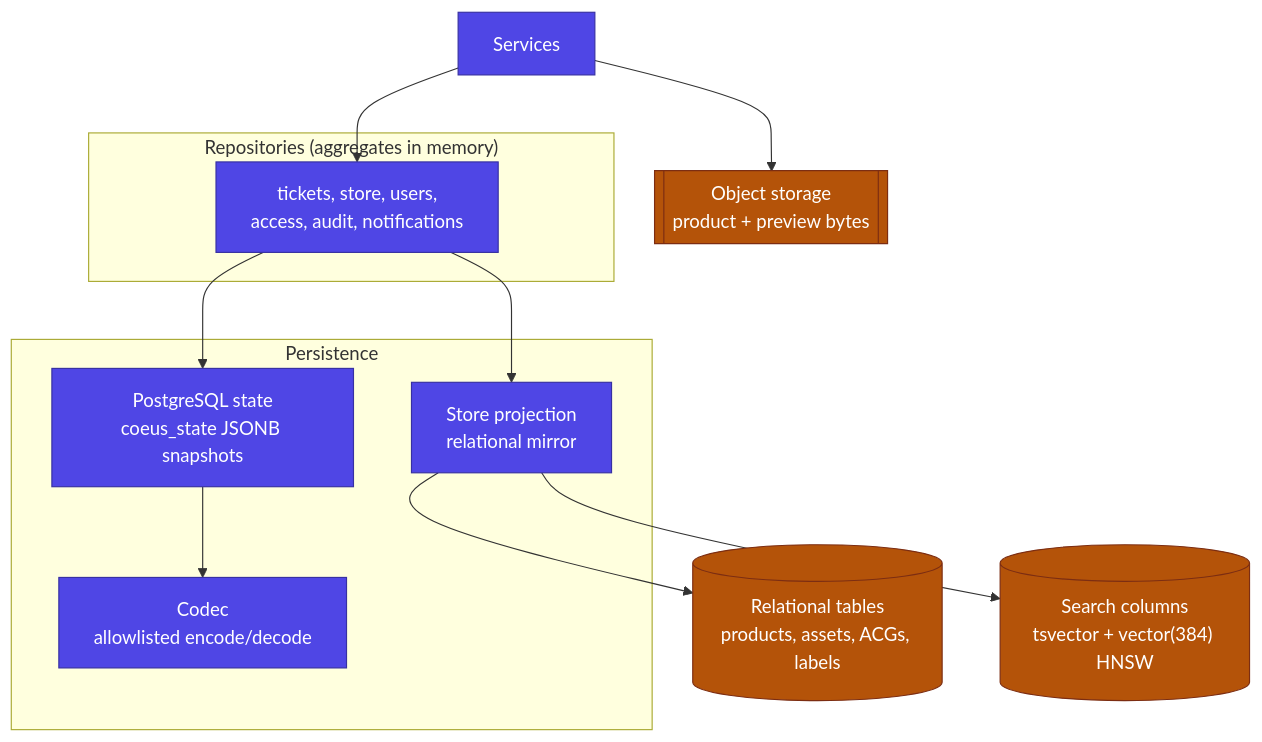
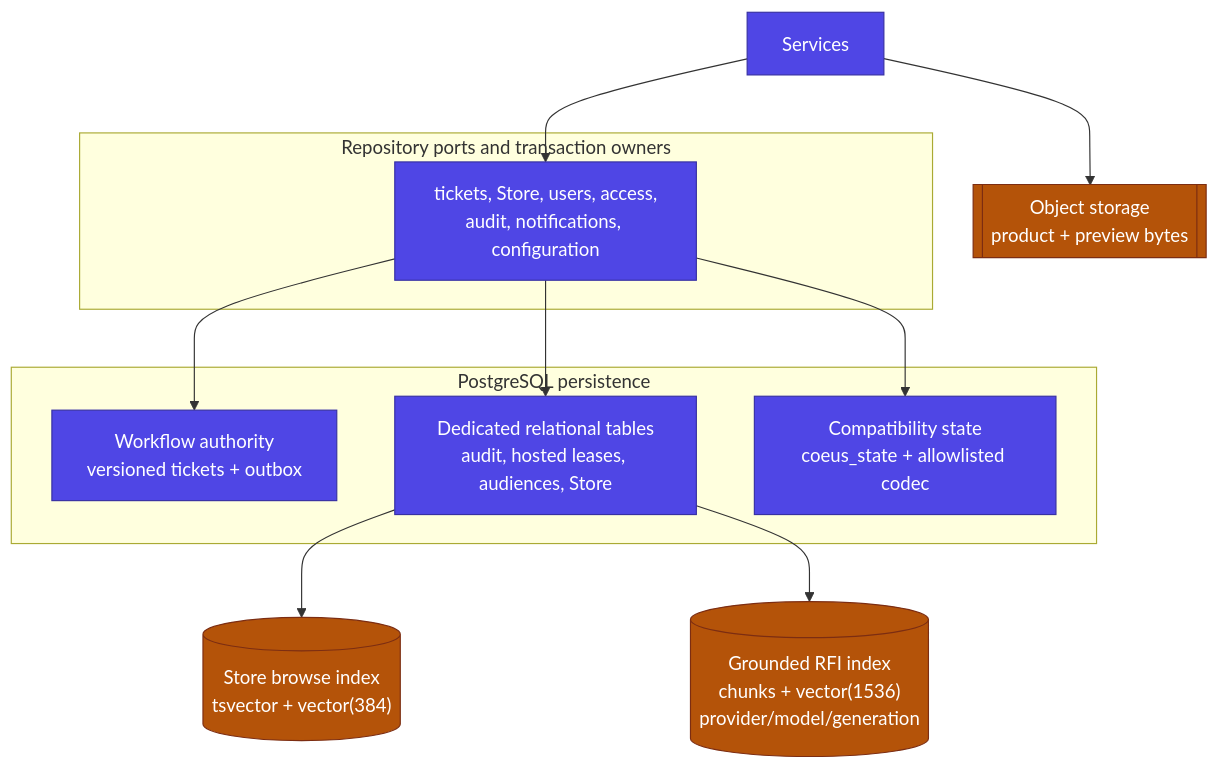
The third of 4 diagrams in docs/ARCHITECTURE.md (ShabalalaWATP/Coeus), drawn with Mermaid before and after one commit. The commit also changed other lines of this file and 45 other files, not shown here.

First line of the commit message:
docs: complete repository-wide accuracy audit (#125)

````diff
--- a/docs/ARCHITECTURE.md
+++ b/docs/ARCHITECTURE.md
@@ -164,27 +169,28 @@
 ```mermaid
 flowchart TB
     SVC["Services"]
-    subgraph repo["Repositories (aggregates in memory)"]
-        R["tickets, store, users,<br/>access, audit, notifications"]
+    subgraph repo["Repository ports and transaction owners"]
+        R["tickets, Store, users, access,<br/>audit, notifications, configuration"]
     end
-    subgraph persist["Persistence"]
-        STATE["PostgreSQL state<br/>coeus_state JSONB snapshots"]
-        CODEC["Codec<br/>allowlisted encode/decode"]
-        PROJ["Store projection<br/>relational mirror"]
+    subgraph persist["PostgreSQL persistence"]
+        TX["Workflow authority<br/>versioned tickets + outbox"]
+        REL["Dedicated relational tables<br/>audit, hosted leases, audiences, Store"]
+        STATE["Compatibility state<br/>coeus_state + allowlisted codec"]
     end
-    DBREL[("Relational tables<br/>products, assets, ACGs, labels")]
-    DBSEARCH[("Search columns<br/>tsvector + vector(384) HNSW")]
+    STOREIDX[("Store browse index<br/>tsvector + vector(384)")]
+    GROUNDIDX[("Grounded RFI index<br/>chunks + vector(1536)<br/>provider/model/generation")]
     OBJ[["Object storage<br/>product + preview bytes"]]
 
     SVC --> R
-    R --> STATE --> CODEC
-    R --> PROJ
-    PROJ --> DBREL
-    PROJ --> DBSEARCH
+    R --> TX
+    R --> REL
+    R --> STATE
+    REL --> STOREIDX
+    REL --> GROUNDIDX
     SVC --> OBJ
 
     classDef be fill:#4f46e5,stroke:#3730a3,color:#fff,stroke-width:1px
     classDef data fill:#b45309,stroke:#7c2d12,color:#fff,stroke-width:1px
-    class SVC,R,STATE,CODEC,PROJ be
-    class DBREL,DBSEARCH,OBJ data
+    class SVC,R,TX,REL,STATE be
+    class STOREIDX,GROUNDIDX,OBJ data
 ```
````
